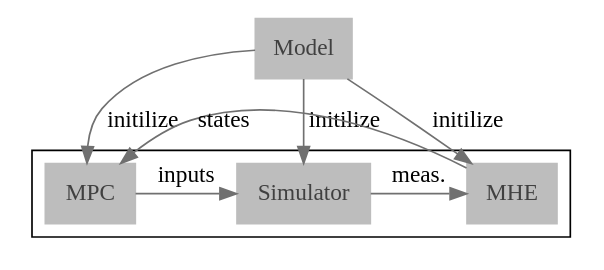
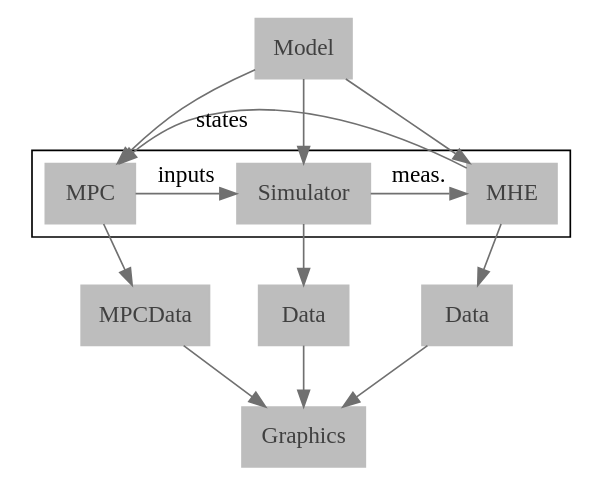
One commit to do-mpc/do-mpc changed the diagram in documentation/source/do_mpc.rst. Above: the diagram before and after it, drawn with Graphviz. The commit also changed other lines of this file, not shown here.

Commit message:
Update do-mpc rst

```diff
--- a/documentation/source/do_mpc.rst
+++ b/documentation/source/do_mpc.rst
@@ -11,29 +11,43 @@
 .. graphviz::
     :name: control_loop
-    :caption: **do-mpc** control loop with respective classes.
+    :caption: **do-mpc** control loop and interconnection of classes.
     :align: center
 
     digraph G {
         graph [fontname = "Monaco"];
         node [fontname = "Monaco", fontcolor="#404040", color="#bdbdbd"];
         edge [fontname = "Monaco", color="#707070"];
 
         Model [label="Model", href="../api/do_mpc.model.Model.html#model", target="_top", shape=box, style=filled]
         MPC [href="../api/do_mpc.controller.MPC.html#mpc", target="_top", shape=box, style=filled]
         Simulator [href="../api/do_mpc.simulator.Simulator.html#simulator", target="_top", shape=box, style=filled]
         MHE [href="../api/do_mpc.estimator.MHE.html#mhe", target="_top", shape=box, style=filled]
+        Data_MPC [label="MPCData", href="../api/do_mpc.data.MPCData.html#mpcdata", target="_top", shape=box, style=filled]
+        Data_Sim [label="Data", href="../api/do_mpc.data.Data.html#data", target="_top", shape=box, style=filled]
+        Data_MHE [label="Data", href="../api/do_mpc.data.Data.html#data", target="_top", shape=box, style=filled]
+        Graphics [label="Graphics", href="../api/do_mpc.graphics.Graphics.html#graphics", target="_top", shape=box, style=filled]
 
-        Model -> MPC [label="initilize"];
-        Model -> Simulator [label="initilize"];
-        Model -> MHE [label="initilize"];
+        Model -> MPC;
+        Model -> Simulator;
+        Model -> MHE;
 
         Model [shape=box, style=filled]
 
         subgraph cluster_loop {{
             rankdir=TB;
             rank=same;
             MPC -> Simulator [label="inputs"];
             Simulator -> MHE [label="meas."];
             MHE -> MPC [label="states"];
         }}
+
+        MPC -> Data_MPC;
+        Simulator -> Data_Sim;
+        MHE -> Data_MHE;
+
+        Data_MPC -> Graphics;
+        Data_Sim -> Graphics;
+        Data_MHE -> Graphics;
+
+
     }
```
